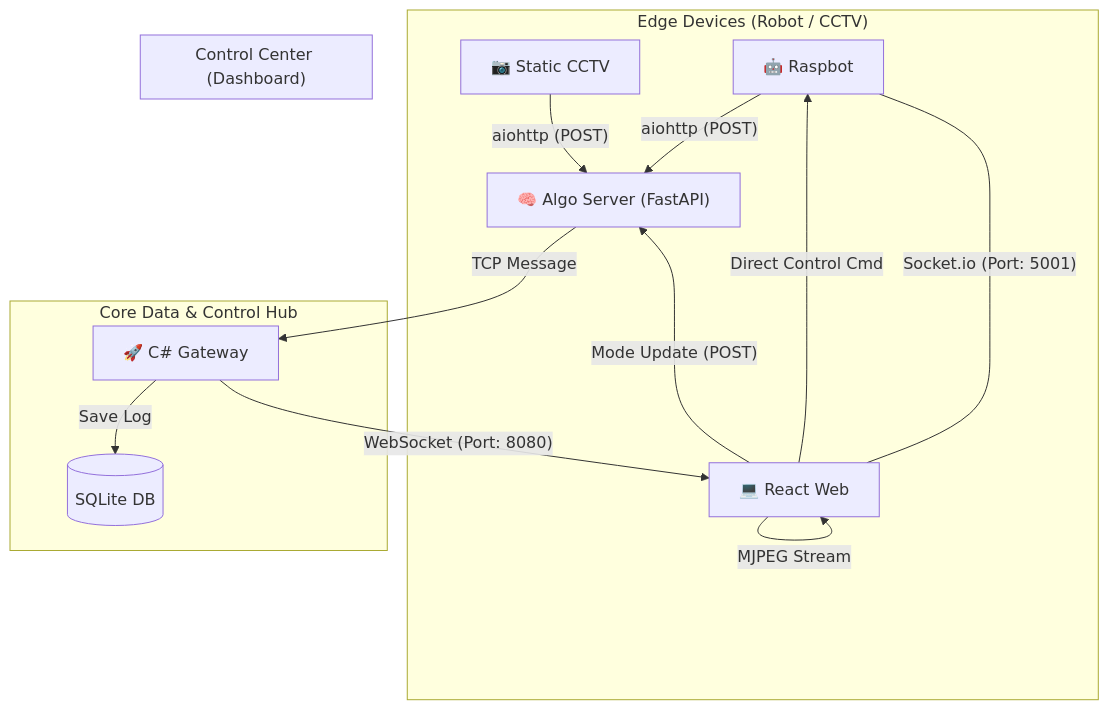
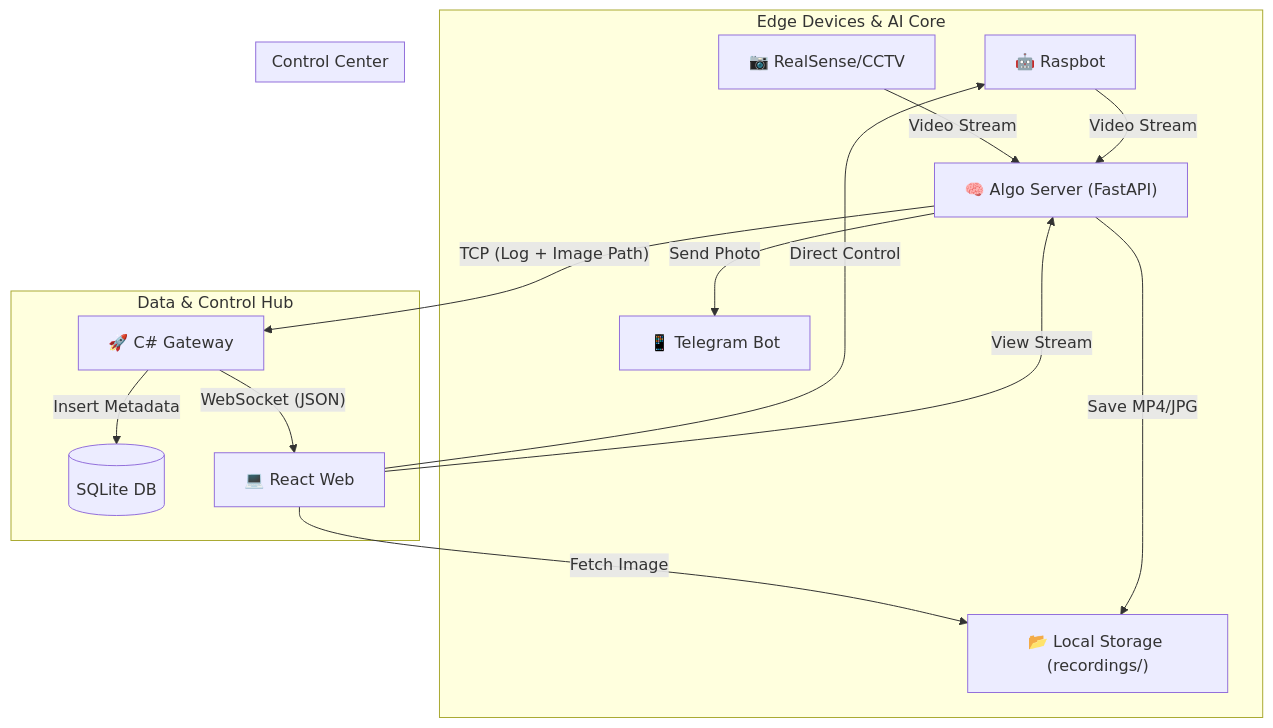
The diagram in README.md (thisNorm/lab-guardian), drawn with Mermaid before and after one commit. The commit also changed other lines of this file and 12 other files, not shown here.

````diff
--- a/README.md
+++ b/README.md
@@ -38,20 +42,22 @@
 ```mermaid
 graph TD
-    subgraph "Edge Devices (Robot / CCTV)"
-        A["🤖 Raspbot"] -- "aiohttp (POST)" --> C
-        B["📷 Static CCTV"] -- "aiohttp (POST)" --> C
-        A -- "Socket.io (Port: 5001)" --- F
+    subgraph "Edge Devices & AI Core"
+        A["🤖 Raspbot"] -- "Video Stream" --> C
+        B["📷 RealSense/CCTV"] -- "Video Stream" --> C
+        C["🧠 Algo Server (FastAPI)"]
+        C -- "Save MP4/JPG" --> S["📂 Local Storage (recordings/)"]
+        C -- "Send Photo" --> T["📱 Telegram Bot"]
     end
 
-    subgraph "Core Data & Control Hub"
-        C["🧠 Algo Server (FastAPI)"] -- "TCP Message" --> G
-        G["🚀 C# Gateway"] -- "Save Log" --> DB[("SQLite DB")]
-        G -- "WebSocket (Port: 8080)" --> F
+    subgraph "Data & Control Hub"
+        C -- "TCP (Log + Image Path)" --> G["🚀 C# Gateway"]
+        G -- "Insert Metadata" --> DB[("SQLite DB")]
+        G -- "WebSocket (JSON)" --> F
     end
 
-    subgraph "Control Center (Dashboard)"
-        F["💻 React Web"] -- "MJPEG Stream" --> F
-        F -- "Direct Control Cmd" --> A
-        F -- "Mode Update (POST)" --> C
+    subgraph "Control Center"
+        F["💻 React Web"] -- "View Stream" --> C
+        F -- "Fetch Image" --> S
+        F -- "Direct Control" --> A
     end
 ```
````
